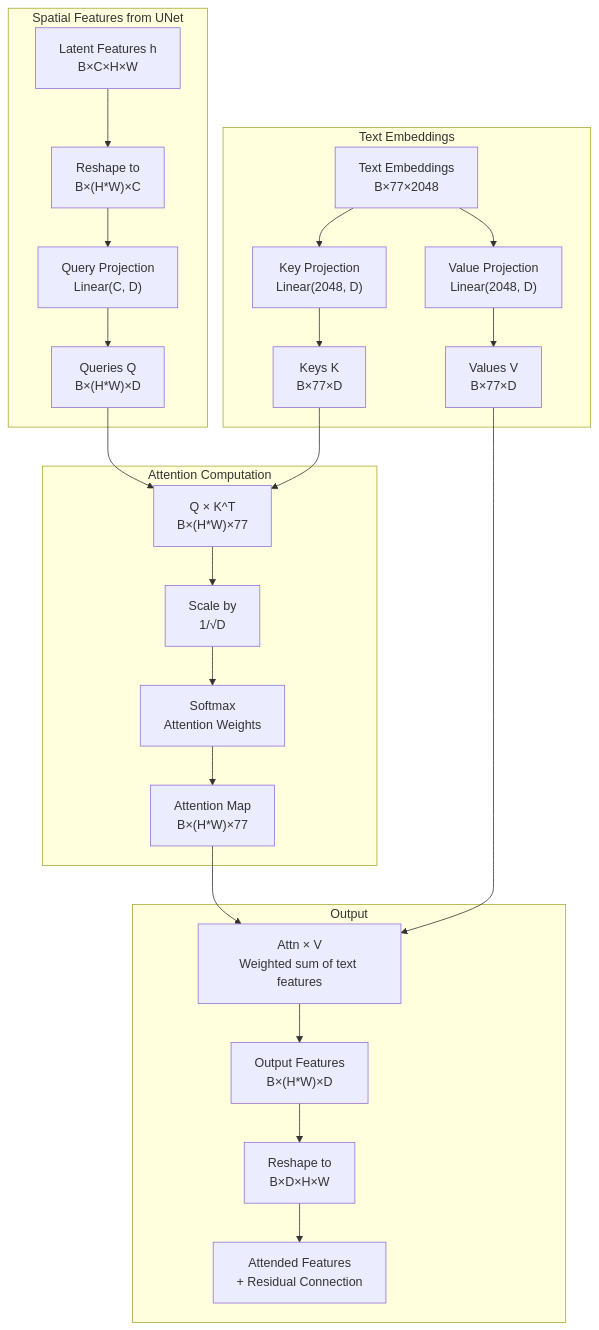
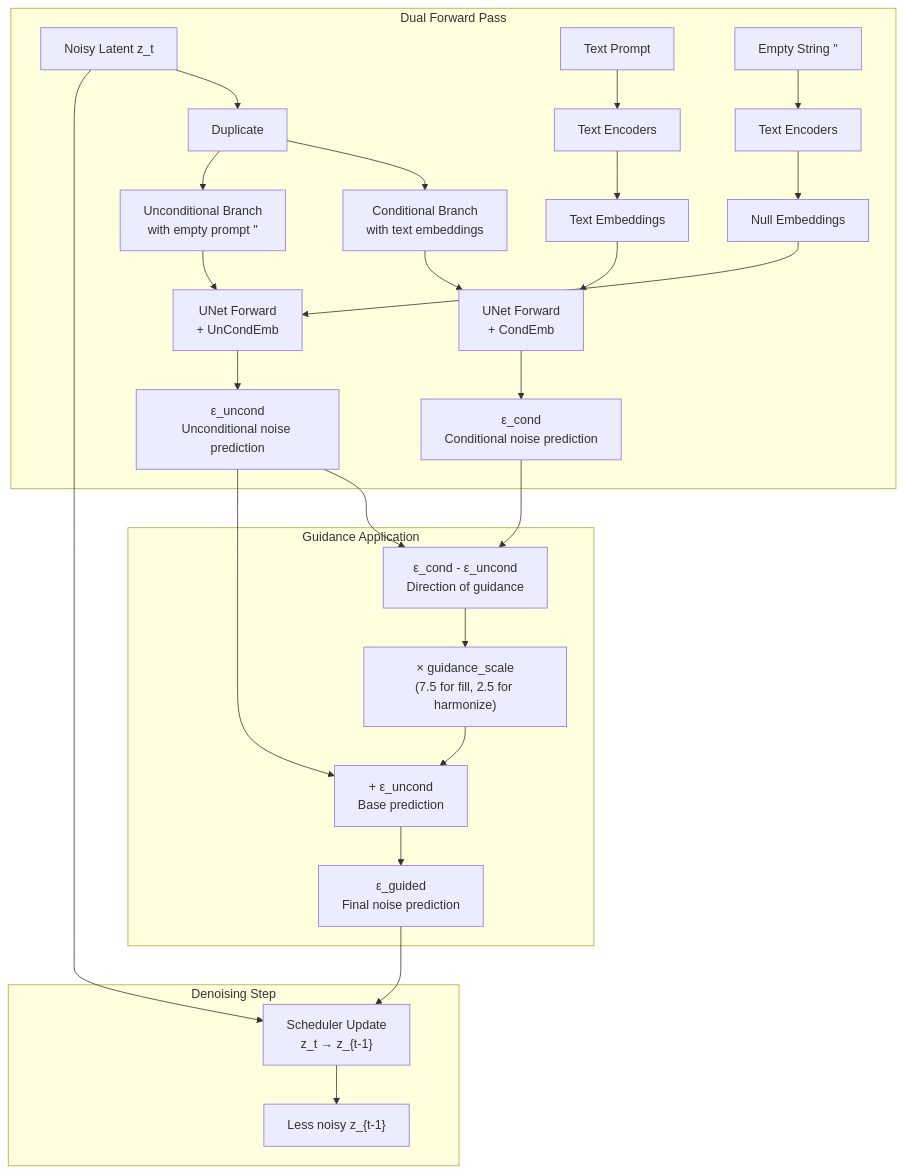
Before and after one commit to Abhyu-S/kortex-sdxl: the fifth of 16 diagrams in Documentation.md, drawn with Mermaid. The commit also changed other lines of this file, not shown here.

````diff
--- a/Documentation.md
+++ b/Documentation.md
@@ -404,31 +363,36 @@
 ```mermaid
 flowchart TB
-    subgraph Spatial Features from UNet
-        Latent["Latent Features h<br/>B×C×H×W"] --> Reshape["Reshape to<br/>B×(H*W)×C"]
-        Reshape --> QProj["Query Projection<br/>Linear(C, D)"]
-        QProj --> Q["Queries Q<br/>B×(H*W)×D"]
+    subgraph Dual Forward Pass
+        LatentIn["Noisy Latent z_t"] --> Dup[Duplicate]
+        Dup --> Cond["Conditional Branch<br/>with text embeddings"]
+        Dup --> Uncond["Unconditional Branch<br/>with empty prompt ''"]
+        
+        Prompt["Text Prompt"] --> TextEnc[Text Encoders]
+        TextEnc --> CondEmb["Text Embeddings"]
+        Empty["Empty String ''"] --> TextEnc2[Text Encoders]
+        TextEnc2 --> UnCondEmb["Null Embeddings"]
+        
+        Cond --> UNet1["UNet Forward<br/>+ CondEmb"]
+        CondEmb --> UNet1
+        UNet1 --> NoiseCond["ε_cond<br/>Conditional noise prediction"]
+        
+        Uncond --> UNet2["UNet Forward<br/>+ UnCondEmb"]
+        UnCondEmb --> UNet2
+        UNet2 --> NoiseUncond["ε_uncond<br/>Unconditional noise prediction"]
     end
     
-    subgraph Text Embeddings
-        Text["Text Embeddings<br/>B×77×2048"] --> KProj["Key Projection<br/>Linear(2048, D)"]
-        Text --> VProj["Value Projection<br/>Linear(2048, D)"]
-        KProj --> K["Keys K<br/>B×77×D"]
-        VProj --> V["Values V<br/>B×77×D"]
+    subgraph Guidance Application
+        NoiseCond --> Sub["ε_cond - ε_uncond<br/>Direction of guidance"]
+        NoiseUncond --> Sub
+        Sub --> Scale["× guidance_scale<br/>(7.5 for fill, 2.5 for harmonize)"]
+        Scale --> Add["+ ε_uncond<br/>Base prediction"]
+        NoiseUncond --> Add
+        Add --> NoiseFinal["ε_guided<br/>Final noise prediction"]
     end
     
-    subgraph Attention Computation
-        Q --> MatMul1["Q × K^T<br/>B×(H*W)×77"]
-        K --> MatMul1
-        MatMul1 --> Scale["Scale by<br/>1/√D"]
-        Scale --> Softmax["Softmax<br/>Attention Weights"]
-        Softmax --> Attn["Attention Map<br/>B×(H*W)×77"]
-    end
-    
-    subgraph Output
-        Attn --> MatMul2["Attn × V<br/>Weighted sum of text features"]
-        V --> MatMul2
-        MatMul2 --> Out["Output Features<br/>B×(H*W)×D"]
-        Out --> Reshape2["Reshape to<br/>B×D×H×W"]
-        Reshape2 --> Final["Attended Features<br/>+ Residual Connection"]
+    subgraph Denoising Step
+        NoiseFinal --> Sched["Scheduler Update<br/>z_t → z_{t-1}"]
+        LatentIn --> Sched
+        Sched --> LatentOut["Less noisy z_{t-1}"]
     end
 ```
````
